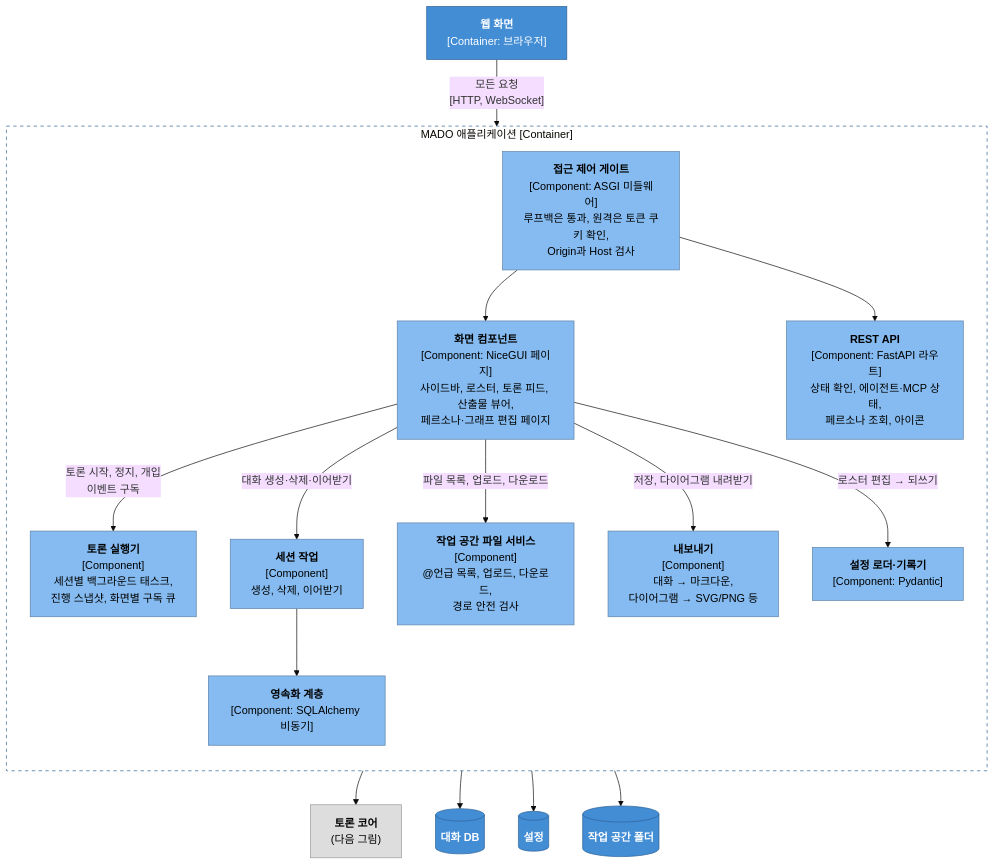
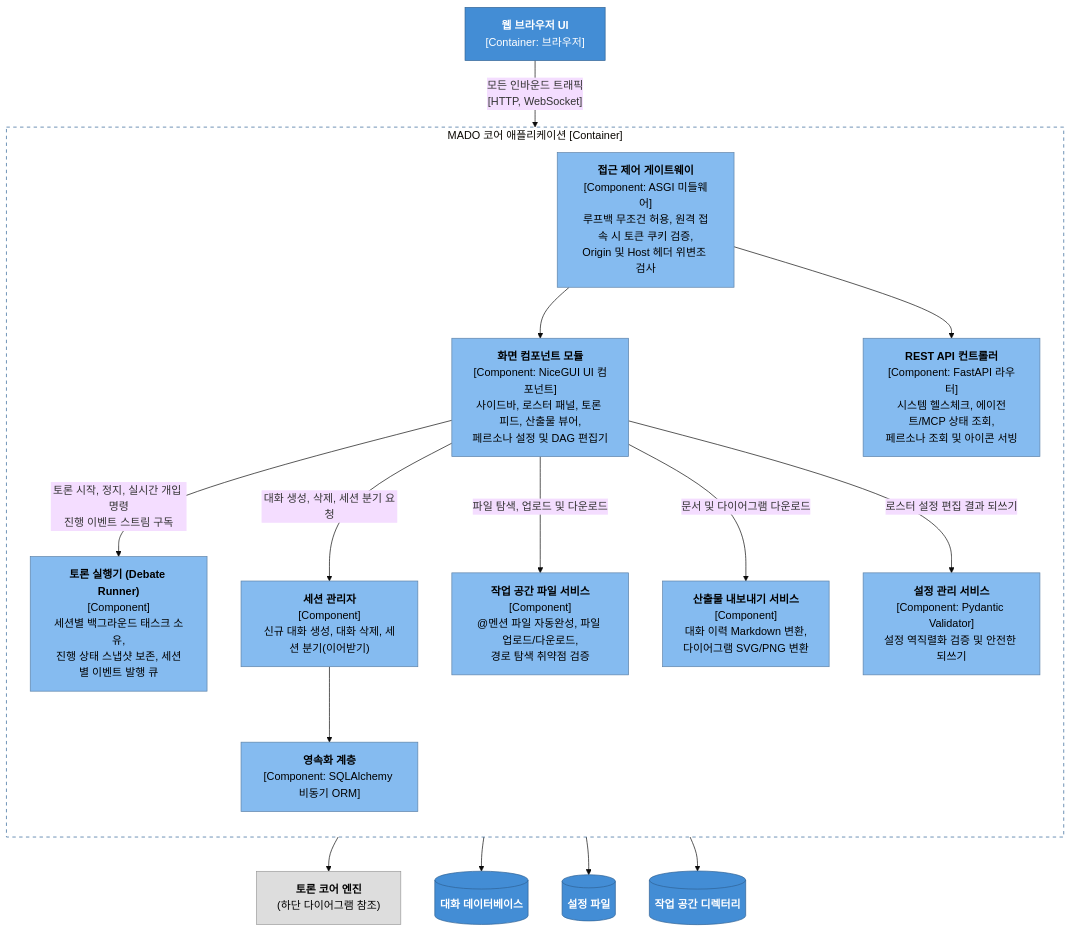
One commit to HaJaehee/MultiAgentDebateAndOrchestrationPlatform changed the third of 7 diagrams in lectures/03-architecture/01-static-view.md. Above: the diagram before and after it, drawn with Mermaid (base theme). The commit also changed other lines of this file and 39 other files, not shown here.

````diff
--- a/lectures/03-architecture/01-static-view.md
+++ b/lectures/03-architecture/01-static-view.md
@@ -138,44 +123,44 @@
 ```mermaid
 flowchart TB
-    browser["<b>웹 화면</b><br/>[Container: 브라우저]"]
+    browser["<b>웹 브라우저 UI</b><br/>[Container: 브라우저]"]
 
-    subgraph appc["MADO 애플리케이션 [Container]"]
+    subgraph appc["MADO 코어 애플리케이션 [Container]"]
         direction TB
-        gate["<b>접근 제어 게이트</b><br/>[Component: ASGI 미들웨어]<br/>루프백은 통과, 원격은 토큰 쿠키 확인,<br/>Origin과 Host 검사"]
-        pages["<b>화면 컴포넌트</b><br/>[Component: NiceGUI 페이지]<br/>사이드바, 로스터, 토론 피드, 산출물 뷰어,<br/>페르소나·그래프 편집 페이지"]
-        api["<b>REST API</b><br/>[Component: FastAPI 라우트]<br/>상태 확인, 에이전트·MCP 상태,<br/>페르소나 조회, 아이콘"]
-        runner["<b>토론 실행기</b><br/>[Component]<br/>세션별 백그라운드 태스크,<br/>진행 스냅샷, 화면별 구독 큐"]
-        sessops["<b>세션 작업</b><br/>[Component]<br/>생성, 삭제, 이어받기"]
-        wsfiles["<b>작업 공간 파일 서비스</b><br/>[Component]<br/>@언급 목록, 업로드, 다운로드,<br/>경로 안전 검사"]
-        export["<b>내보내기</b><br/>[Component]<br/>대화 → 마크다운,<br/>다이어그램 → SVG/PNG 등"]
-        config["<b>설정 로더·기록기</b><br/>[Component: Pydantic]"]
-        persist["<b>영속화 계층</b><br/>[Component: SQLAlchemy 비동기]"]
+        gate["<b>접근 제어 게이트웨이</b><br/>[Component: ASGI 미들웨어]<br/>루프백 무조건 허용, 원격 접속 시 토큰 쿠키 검증,<br/>Origin 및 Host 헤더 위변조 검사"]
+        pages["<b>화면 컴포넌트 모듈</b><br/>[Component: NiceGUI UI 컴포넌트]<br/>사이드바, 로스터 패널, 토론 피드, 산출물 뷰어,<br/>페르소나 설정 및 DAG 편집기"]
+        api["<b>REST API 컨트롤러</b><br/>[Component: FastAPI 라우터]<br/>시스템 헬스체크, 에이전트/MCP 상태 조회,<br/>페르소나 조회 및 아이콘 서빙"]
+        runner["<b>토론 실행기 (Debate Runner)</b><br/>[Component]<br/>세션별 백그라운드 태스크 소유,<br/>진행 상태 스냅샷 보존, 세션별 이벤트 발행 큐"]
+        sessops["<b>세션 관리자</b><br/>[Component]<br/>신규 대화 생성, 대화 삭제, 세션 분기(이어받기)"]
+        wsfiles["<b>작업 공간 파일 서비스</b><br/>[Component]<br/>@멘션 파일 자동완성, 파일 업로드/다운로드,<br/>경로 탐색 취약점 검증"]
+        export["<b>산출물 내보내기 서비스</b><br/>[Component]<br/>대화 이력 Markdown 변환,<br/>다이어그램 SVG/PNG 변환"]
+        config["<b>설정 관리 서비스</b><br/>[Component: Pydantic Validator]<br/>설정 역직렬화 검증 및 안전한 되쓰기"]
+        persist["<b>영속화 계층</b><br/>[Component: SQLAlchemy 비동기 ORM]"]
     end
 
-    core["<b>토론 코어</b><br/>(다음 그림)"]
-    db[("<b>대화 DB</b>")]
-    conf[("<b>설정</b>")]
-    ws[("<b>작업 공간 폴더</b>")]
+    core["<b>토론 코어 엔진</b><br/>(하단 다이어그램 참조)"]
+    db[("<b>대화 데이터베이스</b>")]
+    conf[("<b>설정 파일</b>")]
+    ws[("<b>작업 공간 디렉터리</b>")]
 
-    browser -->|"모든 요청<br/>[HTTP, WebSocket]"| gate
+    browser -->|"모든 인바운드 트래픽<br/>[HTTP, WebSocket]"| gate
     gate --> pages
     gate --> api
-    pages -->|"토론 시작, 정지, 개입<br/>이벤트 구독"| runner
-    pages -->|"대화 생성·삭제·이어받기"| sessops
-    pages -->|"파일 목록, 업로드, 다운로드"| wsfiles
-    pages -->|"저장, 다이어그램 내려받기"| export
-    pages -->|"로스터 편집 → 되쓰기"| config
+    pages -->|"토론 시작, 정지, 실시간 개입 명령<br/>진행 이벤트 스트림 구독"| runner
+    pages -->|"대화 생성, 삭제, 세션 분기 요청"| sessops
+    pages -->|"파일 탐색, 업로드 및 다운로드"| wsfiles
+    pages -->|"문서 및 다이어그램 다운로드"| export
+    pages -->|"로스터 설정 편집 결과 되쓰기"| config
     runner --> core
     sessops --> persist
     persist --> db
     config --> conf
     wsfiles --> ws
 
     classDef container fill:#438dd5,stroke:#2e6295,color:#ffffff
     classDef component fill:#85bbf0,stroke:#5d82a8,color:#000000
     classDef other fill:#dddddd,stroke:#999999,color:#000000
     class browser,db,conf,ws container
     class gate,pages,api,runner,sessops,wsfiles,export,config,persist component
     class core other
     style appc fill:none,stroke:#2e6295,stroke-dasharray:5 5
 ```
````
